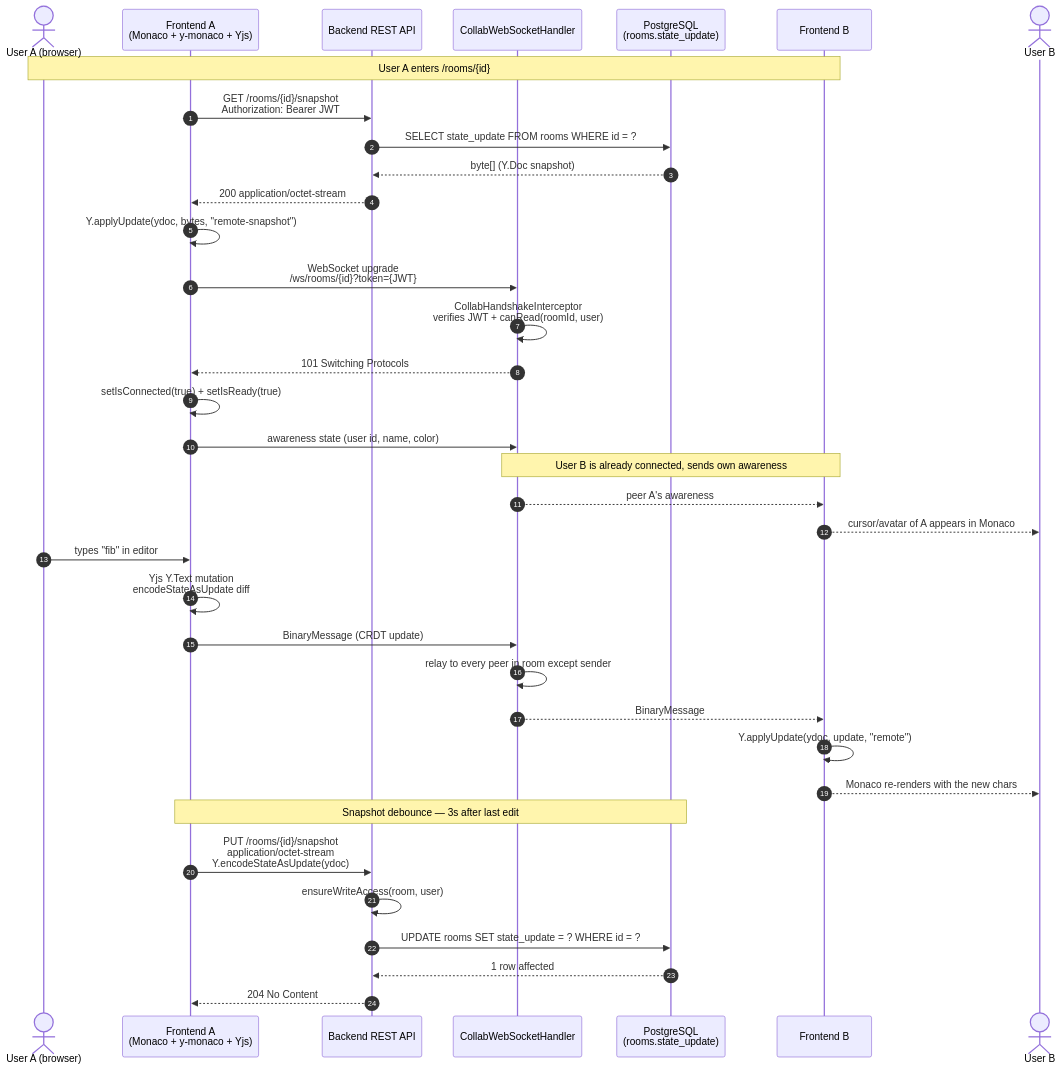
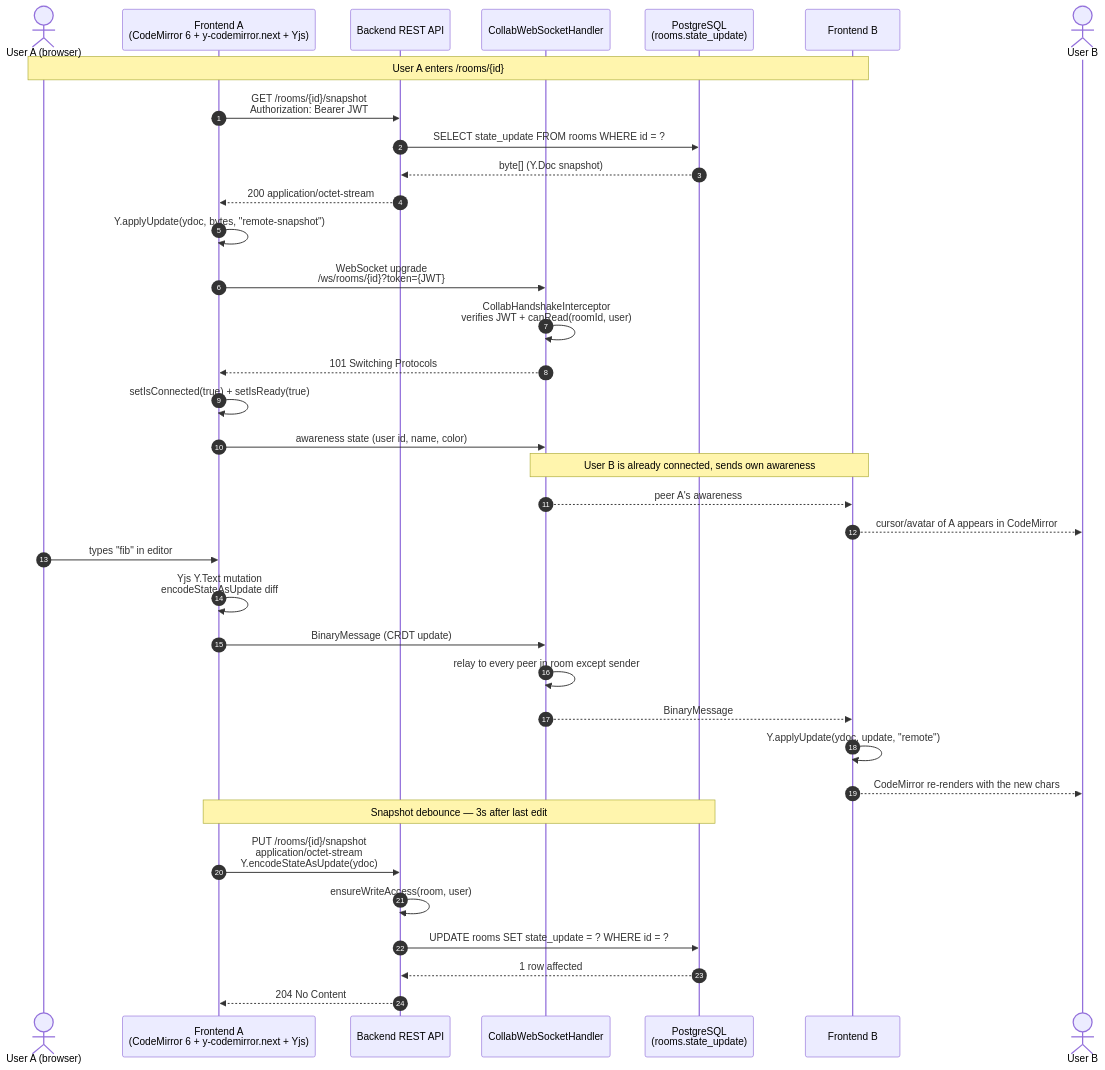
The diagram in docs/uml/sequence-realtime-collab.md (Dev14Ayoub/Codeleon), drawn with Mermaid before and after one commit. The commit also changed other lines of this file and 10 other files, not shown here.

Commit message:
refactor(frontend): migrate room editor to CodeMirror 6

````diff
--- a/docs/uml/sequence-realtime-collab.md
+++ b/docs/uml/sequence-realtime-collab.md
@@ -7,47 +7,47 @@
 ```mermaid
 sequenceDiagram
     autonumber
     actor UA as User A (browser)
-    participant FA as Frontend A<br/>(Monaco + y-monaco + Yjs)
+    participant FA as Frontend A<br/>(CodeMirror 6 + y-codemirror.next + Yjs)
     participant API as Backend REST API
     participant WS as CollabWebSocketHandler
     participant DB as PostgreSQL<br/>(rooms.state_update)
     participant FB as Frontend B
     actor UB as User B
 
     Note over UA,FB: User A enters /rooms/{id}
 
     FA->>API: GET /rooms/{id}/snapshot<br/>Authorization: Bearer JWT
     API->>DB: SELECT state_update FROM rooms WHERE id = ?
     DB-->>API: byte[] (Y.Doc snapshot)
     API-->>FA: 200 application/octet-stream
 
     FA->>FA: Y.applyUpdate(ydoc, bytes, "remote-snapshot")
 
     FA->>WS: WebSocket upgrade<br/>/ws/rooms/{id}?token={JWT}
     WS->>WS: CollabHandshakeInterceptor<br/>verifies JWT + canRead(roomId, user)
     WS-->>FA: 101 Switching Protocols
     FA->>FA: setIsConnected(true) + setIsReady(true)
     FA->>WS: awareness state (user id, name, color)
 
     Note over WS,FB: User B is already connected, sends own awareness
 
     WS-->>FB: peer A's awareness
-    FB-->>UB: cursor/avatar of A appears in Monaco
+    FB-->>UB: cursor/avatar of A appears in CodeMirror
 
     UA->>FA: types "fib" in editor
     FA->>FA: Yjs Y.Text mutation<br/>encodeStateAsUpdate diff
     FA->>WS: BinaryMessage (CRDT update)
     WS->>WS: relay to every peer in room except sender
     WS-->>FB: BinaryMessage
     FB->>FB: Y.applyUpdate(ydoc, update, "remote")
-    FB-->>UB: Monaco re-renders with the new chars
+    FB-->>UB: CodeMirror re-renders with the new chars
 
     Note over FA,DB: Snapshot debounce — 3s after last edit
 
     FA->>API: PUT /rooms/{id}/snapshot<br/>application/octet-stream<br/>Y.encodeStateAsUpdate(ydoc)
     API->>API: ensureWriteAccess(room, user)
     API->>DB: UPDATE rooms SET state_update = ? WHERE id = ?
     DB-->>API: 1 row affected
     API-->>FA: 204 No Content
 ```
````
